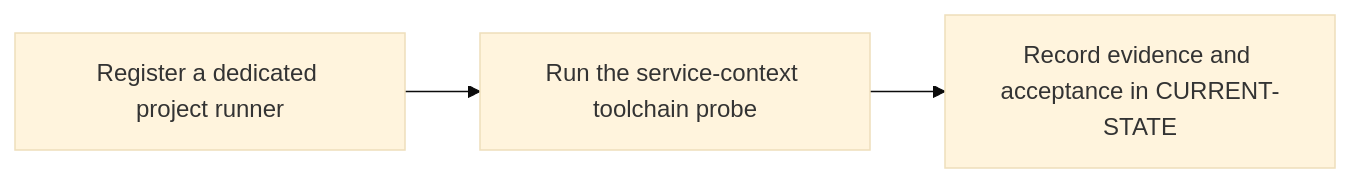
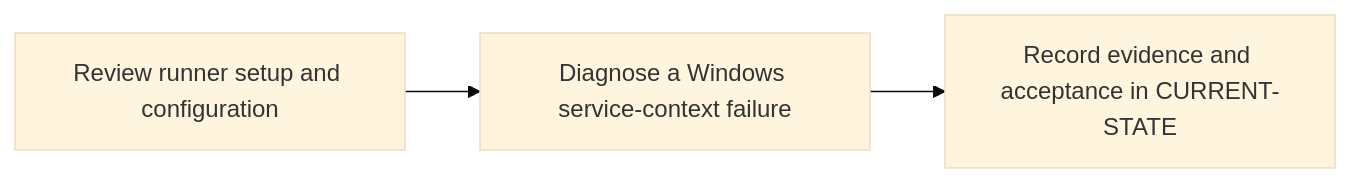
Before and after one commit to cdcdd15/git-runners-rust: the diagram in docs/roadmap/P6.md, drawn with Mermaid (base theme). The commit also changed other lines of this file and 22 other files, not shown here.

Commit message:
docs: complete P0 and adopt a knowledge-first roadmap

````diff
--- a/docs/roadmap/P6.md
+++ b/docs/roadmap/P6.md
@@ -9,5 +9,5 @@
 ```mermaid
 flowchart LR
-    Input["Register a dedicated project runner"] --> Validation["Run the service-context toolchain probe"]
+    Input["Review runner setup and configuration"] --> Validation["Diagnose a Windows service-context failure"]
     Validation --> Evidence["Record evidence and acceptance in CURRENT-STATE"]
 ```
````
